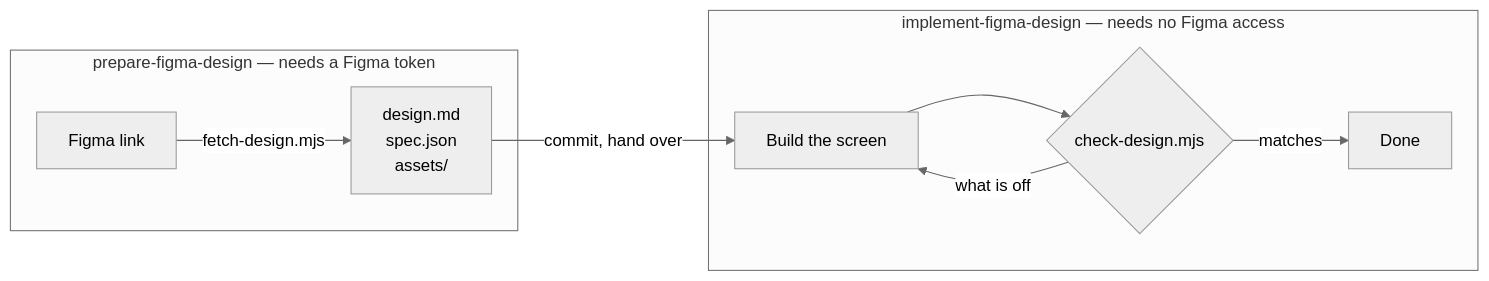
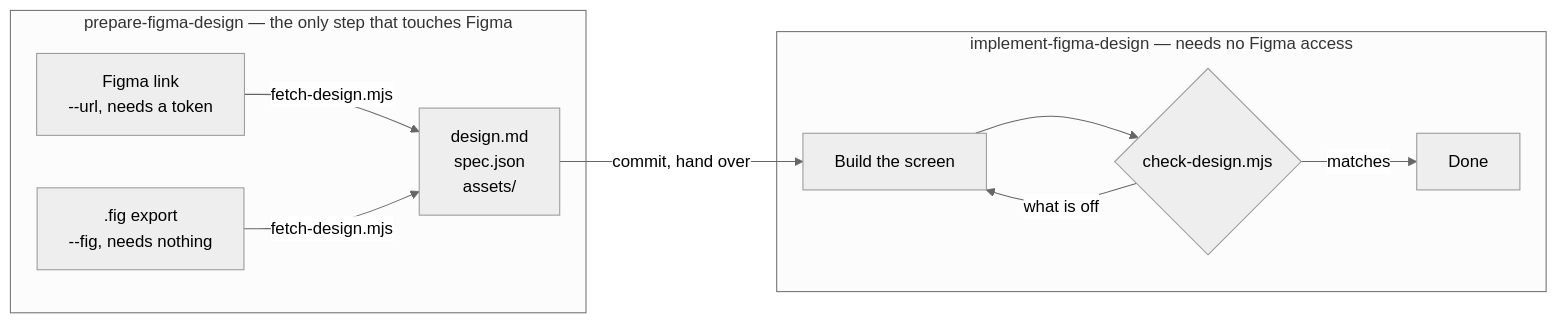
One commit to pixiv/charcoal changed the diagram in skills/prepare-figma-design/SKILL.md. Above: the diagram before and after it, drawn with Mermaid (neutral theme). The commit also changed other lines of this file and 4 other files, not shown here.

Commit message:
feat: read a design from a local .fig, with no Figma access

````diff
--- a/skills/prepare-figma-design/SKILL.md
+++ b/skills/prepare-figma-design/SKILL.md
@@ -16,12 +16,13 @@
 ```mermaid
 flowchart LR
-    subgraph prep["prepare-figma-design — needs a Figma token"]
-        link[Figma link] -->|fetch-design.mjs| pack[design.md<br>spec.json<br>assets/]
+    subgraph prep["prepare-figma-design — the only step that touches Figma"]
+        link[Figma link<br>--url, needs a token] -->|fetch-design.mjs| pack[design.md<br>spec.json<br>assets/]
+        fig[".fig export<br>--fig, needs nothing"] -->|fetch-design.mjs| pack
     end
     subgraph impl["implement-figma-design — needs no Figma access"]
         build[Build the screen] --> check{check-design.mjs}
         check -->|what is off| build
         check -->|matches| done[Done]
     end
     pack -->|commit, hand over| build
 ```
````
